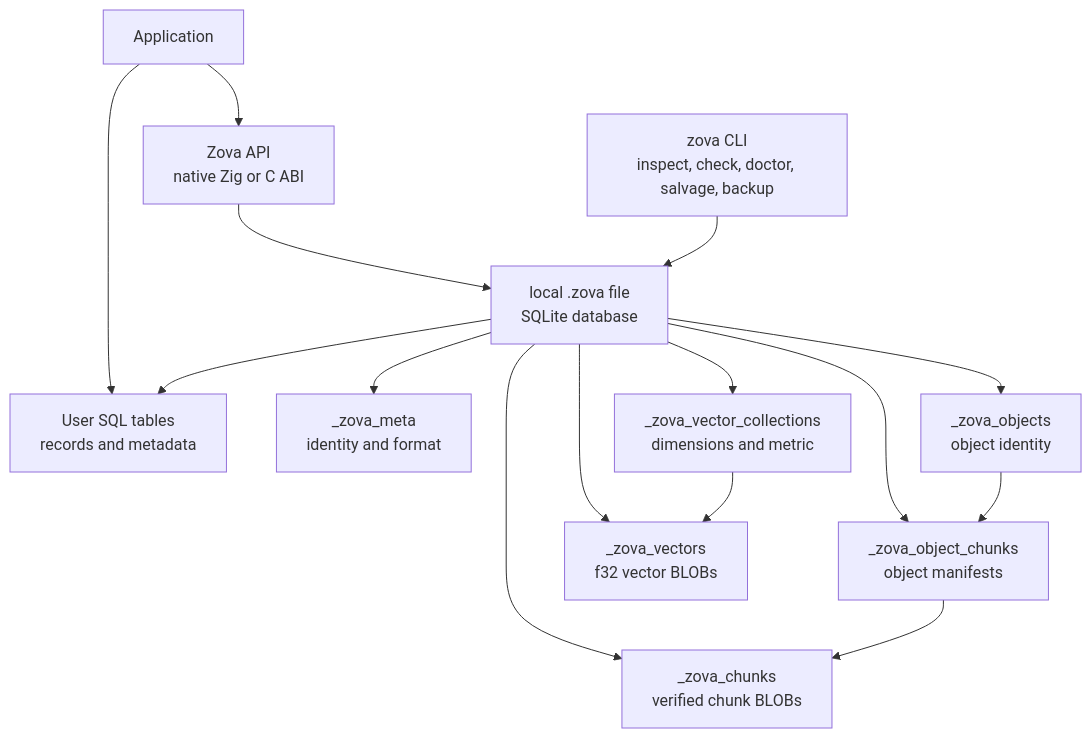
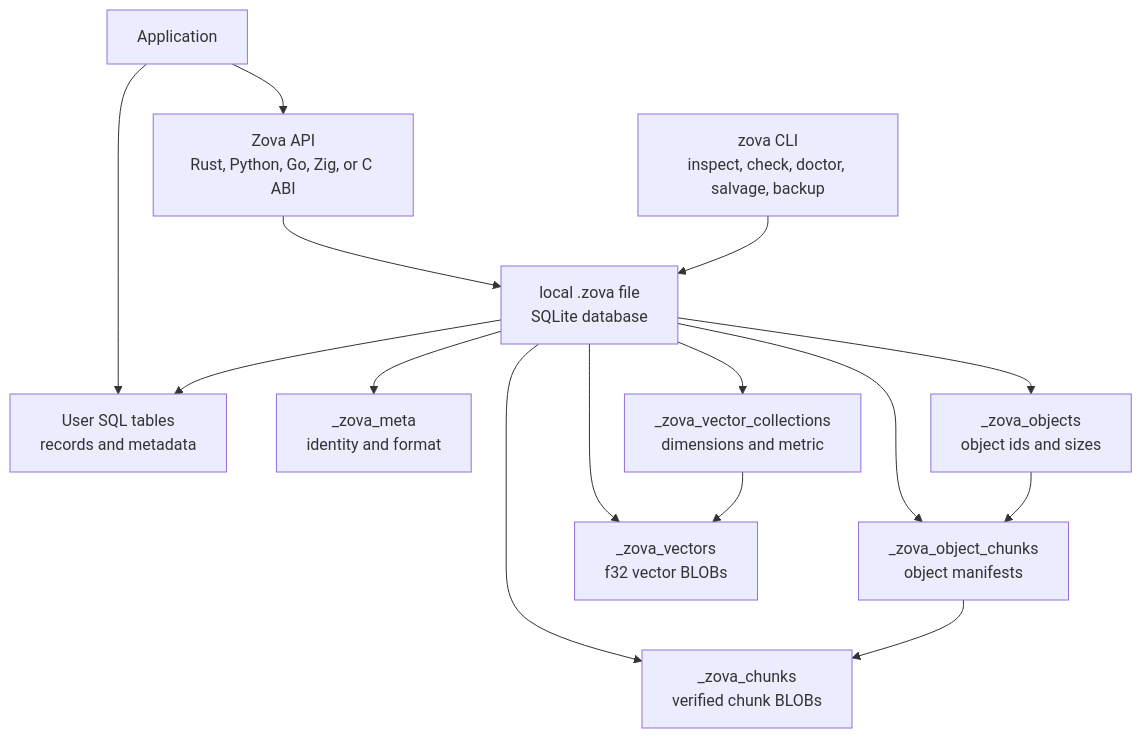
Before and after one commit to ata-sesli/zova: the diagram in README.md, drawn with Mermaid. The commit also changed other lines of this file, not shown here.

````diff
--- a/README.md
+++ b/README.md
@@ -60,29 +205,29 @@
 ```mermaid
 flowchart TD
     App["Application"]
-    SQL["User SQL tables<br/>records and metadata"]
-    ZovaAPI["Zova API<br/>native Zig or C ABI"]
+    API["Zova API<br/>Rust, Python, Go, Zig, or C ABI"]
     CLI["zova CLI<br/>inspect, check, doctor, salvage, backup"]
-    DB["local .zova file<br/>SQLite database"]
+    File["local .zova file<br/>SQLite database"]
+    UserSQL["User SQL tables<br/>records and metadata"]
     Meta["_zova_meta<br/>identity and format"]
-    Objects["_zova_objects<br/>object identity"]
+    Objects["_zova_objects<br/>object ids and sizes"]
     Chunks["_zova_chunks<br/>verified chunk BLOBs"]
     Manifest["_zova_object_chunks<br/>object manifests"]
     VecCols["_zova_vector_collections<br/>dimensions and metric"]
     Vecs["_zova_vectors<br/>f32 vector BLOBs"]
 
-    App --> SQL
-    App --> ZovaAPI
-    ZovaAPI --> DB
-    CLI --> DB
-    DB --> SQL
-    DB --> Meta
-    DB --> Objects
-    DB --> Chunks
-    DB --> Manifest
-    DB --> VecCols
-    DB --> Vecs
+    App --> API
+    App --> UserSQL
+    API --> File
+    CLI --> File
+    File --> UserSQL
+    File --> Meta
+    File --> Objects
+    File --> Chunks
+    File --> Manifest
+    File --> VecCols
+    File --> Vecs
     Objects --> Manifest
     Manifest --> Chunks
     VecCols --> Vecs
 ```
````
